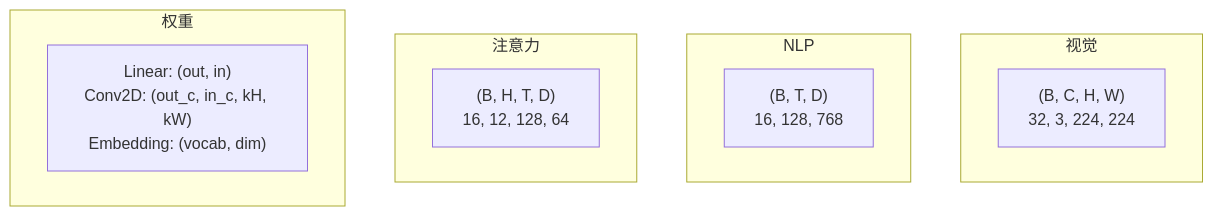
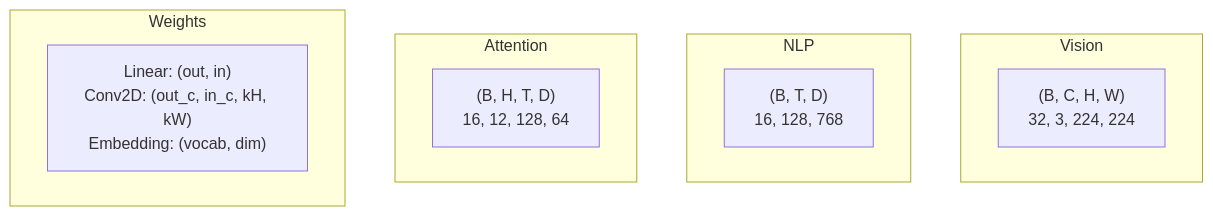
One commit to omigaZen/ai-engineering-from-scratch changed the second of 4 diagrams in phases/01-math-foundations/12-tensor-operations/docs/zh.md. Above: the diagram before and after it, drawn with Mermaid. The commit also changed other lines of this file and 32 other files, not shown here.

````diff
--- a/phases/01-math-foundations/12-tensor-operations/docs/zh.md
+++ b/phases/01-math-foundations/12-tensor-operations/docs/zh.md
@@ -45,15 +45,15 @@
 ```mermaid
 graph TD
-    subgraph 视觉
+    subgraph Vision
         V1["(B, C, H, W)<br/>32, 3, 224, 224"]
     end
     subgraph NLP
         N1["(B, T, D)<br/>16, 128, 768"]
     end
-    subgraph 注意力
+    subgraph Attention
         A1["(B, H, T, D)<br/>16, 12, 128, 64"]
     end
-    subgraph 权重
+    subgraph Weights
         W1["Linear: (out, in)<br/>Conv2D: (out_c, in_c, kH, kW)<br/>Embedding: (vocab, dim)"]
     end
 ```
````
